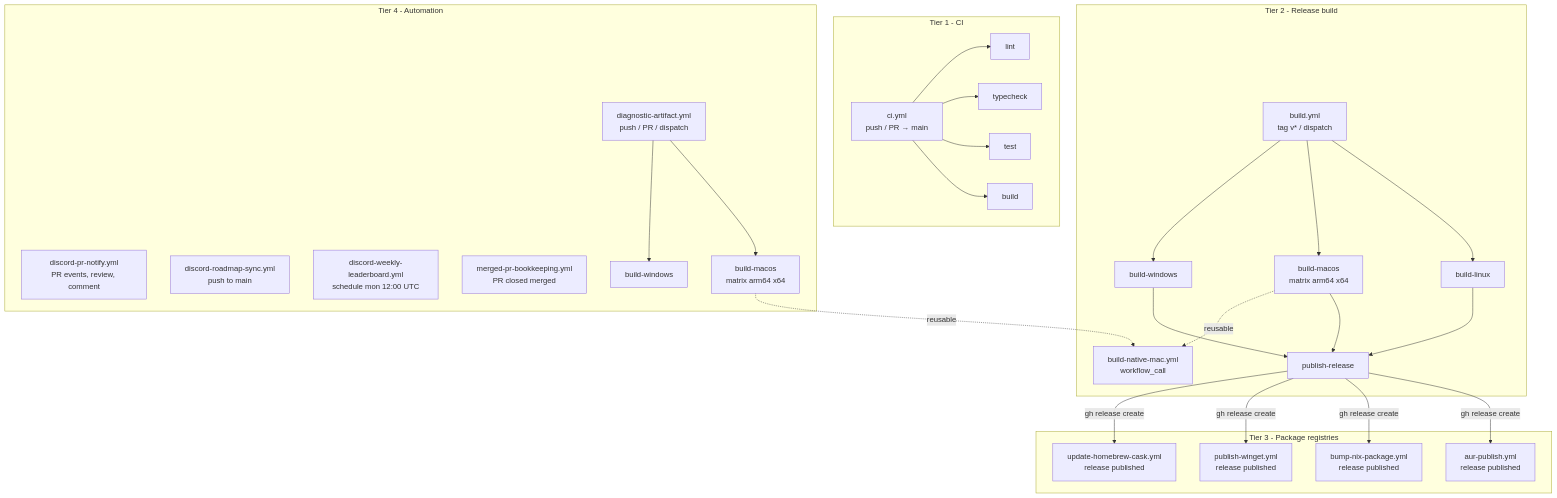
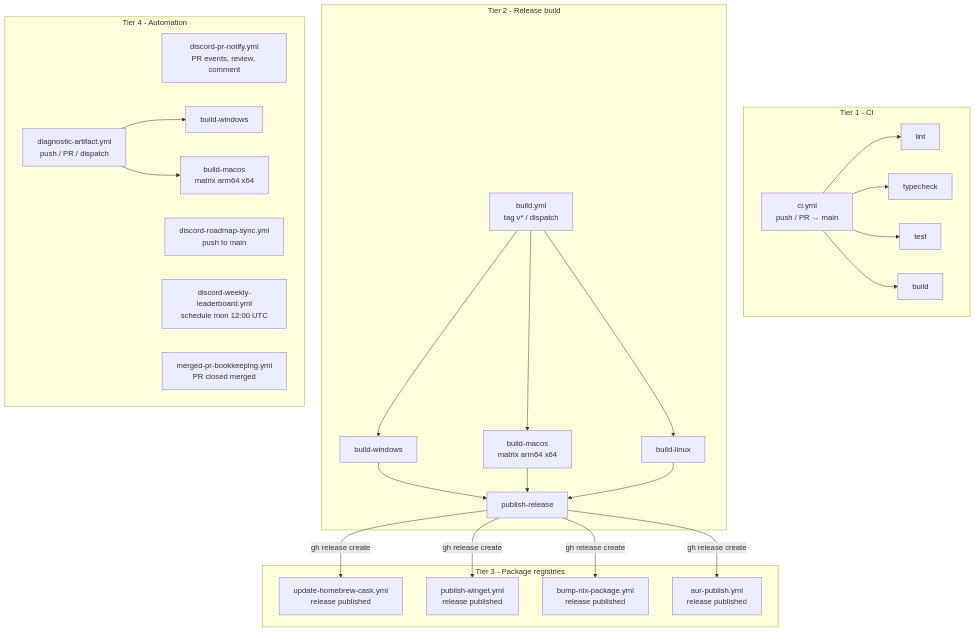
The diagram in docs/github-actions-workflows.md (getopenscreen/openscreen), drawn with Mermaid before and after one commit. The commit also changed other lines of this file and 5 other files, not shown here.

````diff
--- a/docs/github-actions-workflows.md
+++ b/docs/github-actions-workflows.md
@@ -9,55 +9,52 @@
 ```mermaid
 graph TD
     subgraph Tier 1 - CI
         ci[ci.yml<br/>push / PR → main]
         ci_lint[lint]
         ci_typecheck[typecheck]
         ci_test[test]
         ci_build[build]
         ci --> ci_lint
         ci --> ci_typecheck
         ci --> ci_test
         ci --> ci_build
     end
 
     subgraph Tier 2 - Release build
-        build_native_mac[build-native-mac.yml<br/>workflow_call]
         build[build.yml<br/>tag v* / dispatch]
         build_win[build-windows]
         build_mac[build-macos<br/>matrix arm64 x64]
         build_linux[build-linux]
         build_release[publish-release]
         build --> build_win
         build --> build_mac
         build --> build_linux
-        build_mac -.->|reusable| build_native_mac
         build_win --> build_release
         build_mac --> build_release
         build_linux --> build_release
     end
 
     subgraph Tier 3 - Package registries
         homebrew[update-homebrew-cask.yml<br/>release published]
         winget[publish-winget.yml<br/>release published]
         nix[bump-nix-package.yml<br/>release published]
         aur[aur-publish.yml<br/>release published]
     end
 
     subgraph Tier 4 - Automation
         discord_pr[discord-pr-notify.yml<br/>PR events, review, comment]
         discord_roadmap[discord-roadmap-sync.yml<br/>push to main]
         discord_leaderboard[discord-weekly-leaderboard.yml<br/>schedule mon 12:00 UTC]
         bookkeeping[merged-pr-bookkeeping.yml<br/>PR closed merged]
         diag[diagnostic-artifact.yml<br/>push / PR / dispatch]
         diag_win[build-windows]
         diag_mac[build-macos<br/>matrix arm64 x64]
         diag --> diag_win
         diag --> diag_mac
-        diag_mac -.->|reusable| build_native_mac
     end
 
     build_release -->|gh release create| homebrew
     build_release -->|gh release create| winget
     build_release -->|gh release create| nix
     build_release -->|gh release create| aur
 ```
````
